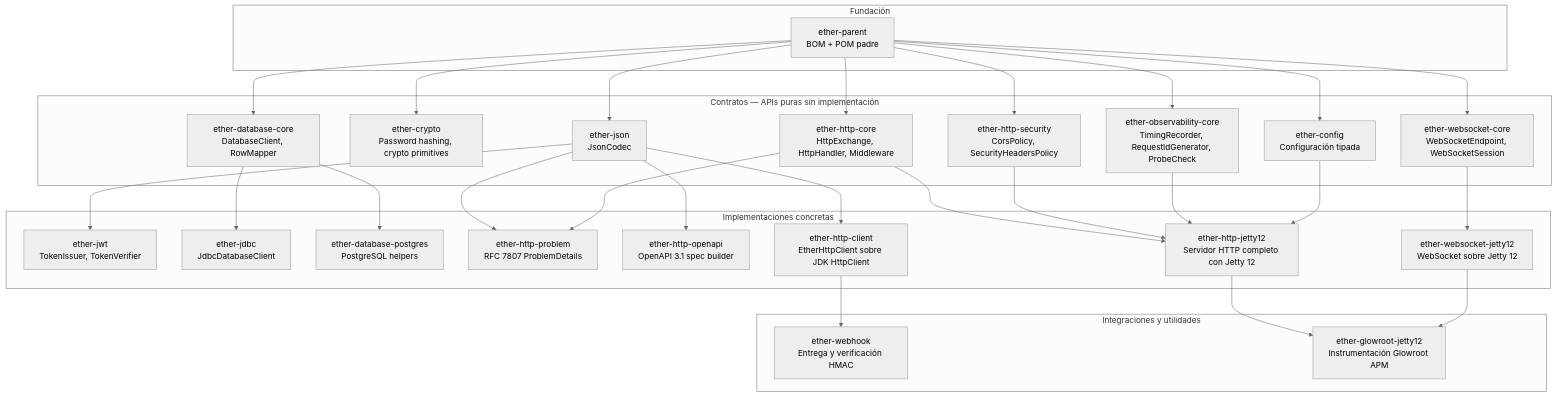
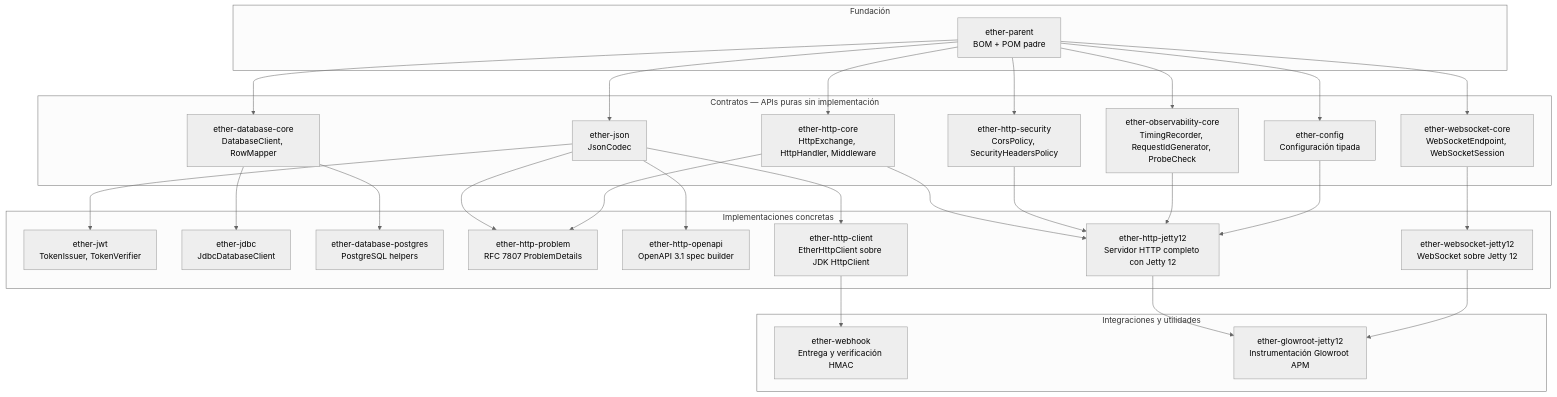
One commit to rafex/ether-deployment-hub changed the first of 7 diagrams in README.md. Above: the diagram before and after it, drawn with Mermaid (neutral theme). The commit also changed other lines of this file and 2 other files, not shown here.

````diff
--- a/README.md
+++ b/README.md
@@ -61,45 +62,44 @@
 ```mermaid
 graph TD
     subgraph Fundación
         P[ether-parent<br/>BOM + POM padre]
     end
 
     subgraph Contratos["Contratos — APIs puras sin implementación"]
         CFG[ether-config<br/>Configuración tipada]
-        CRY[ether-crypto<br/>Password hashing, crypto primitives]
         DBC[ether-database-core<br/>DatabaseClient, RowMapper]
         JSON[ether-json<br/>JsonCodec]
         OBS[ether-observability-core<br/>TimingRecorder, RequestIdGenerator, ProbeCheck]
         HC[ether-http-core<br/>HttpExchange, HttpHandler, Middleware]
         SEC[ether-http-security<br/>CorsPolicy, SecurityHeadersPolicy]
         WSC[ether-websocket-core<br/>WebSocketEndpoint, WebSocketSession]
     end
 
     subgraph Implementaciones["Implementaciones concretas"]
         JWT[ether-jwt<br/>TokenIssuer, TokenVerifier]
         JDBC[ether-jdbc<br/>JdbcDatabaseClient]
         PG[ether-database-postgres<br/>PostgreSQL helpers]
         PROB[ether-http-problem<br/>RFC 7807 ProblemDetails]
         OAI[ether-http-openapi<br/>OpenAPI 3.1 spec builder]
         CLI[ether-http-client<br/>EtherHttpClient sobre JDK HttpClient]
         HJ[ether-http-jetty12<br/>Servidor HTTP completo con Jetty 12]
         WSJ[ether-websocket-jetty12<br/>WebSocket sobre Jetty 12]
     end
 
     subgraph Integraciones["Integraciones y utilidades"]
         WH[ether-webhook<br/>Entrega y verificación HMAC]
         GLW[ether-glowroot-jetty12<br/>Instrumentación Glowroot APM]
     end
 
-    P --> CFG & CRY & DBC & JSON & OBS & HC & SEC & WSC
+    P --> CFG & DBC & JSON & OBS & HC & SEC & WSC
     DBC --> JDBC & PG
     JSON --> JWT & PROB & OAI & CLI
     HC --> PROB & HJ
     SEC --> HJ
     OBS --> HJ
     CFG --> HJ
     CLI --> WH
     WSC --> WSJ
     HJ --> GLW
     WSJ --> GLW
 ```
````
